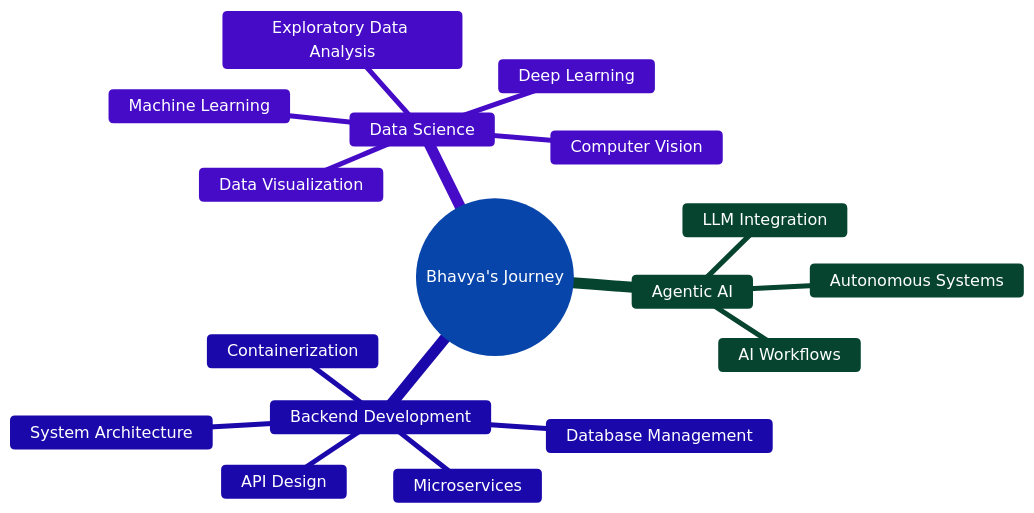
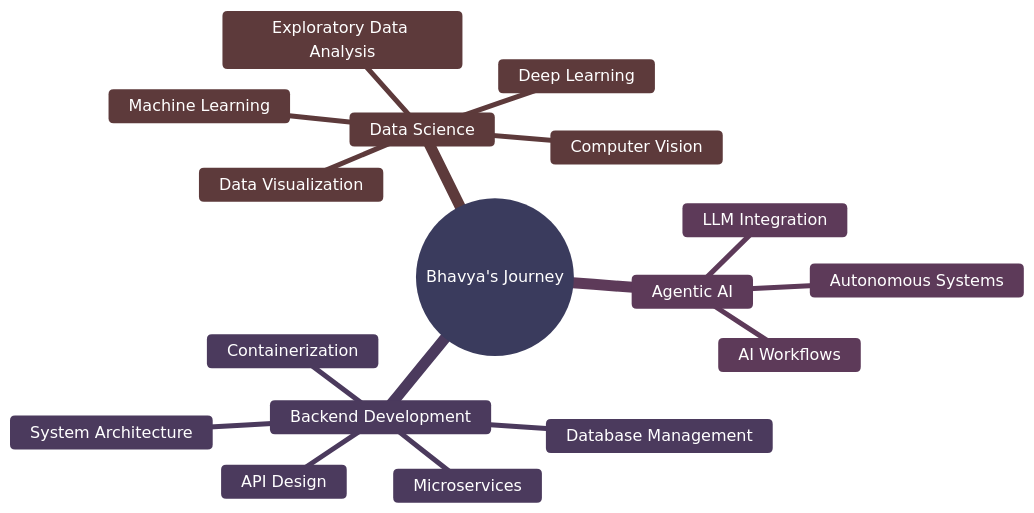
The diagram in README.md (04bhavyaa/04bhavyaa), drawn with Mermaid before and after one commit.

Commit message:
Change theme colors in current focus areas diagram
Updated Mermaid diagram theme variables in README.

````diff
--- a/README.md
+++ b/README.md
@@ -68,21 +68,21 @@
 ```mermaid
-%%{init: {'theme':'base', 'themeVariables': { 'primaryColor':'#3b82f6', 'primaryTextColor':'#ffffff', 'primaryBorderColor':'#ffffff', 'lineColor':'#ffffff', 'secondaryColor':'#8b5cf6', 'tertiaryColor':'#10b981', 'textColor':'#ffffff', 'fontSize':'16px', 'fontFamily':'Arial'}}}%%
+%%{init: {'theme':'base', 'themeVariables': { 'primaryColor':'#7172a6', 'primaryTextColor':'#ffffff', 'lineColor':'#ffffff', 'secondaryColor':'#a67172', 'tertiaryColor':'#a671a0', 'secondaryTextColor':'#ffffff', 'tertiaryTextColor':'#ffffff', 'fontSize':'16px', 'fontFamily':'Arial'}}}%%
 mindmap
   root((Bhavya's Journey))
     Data Science
       Machine Learning
       Deep Learning
       Data Visualization
       Exploratory Data Analysis
       Computer Vision
     Agentic AI
       LLM Integration
       Autonomous Systems
       AI Workflows
     Backend Development
       API Design
       Database Management
       System Architecture
       Containerization
       Microservices
 ```
````
